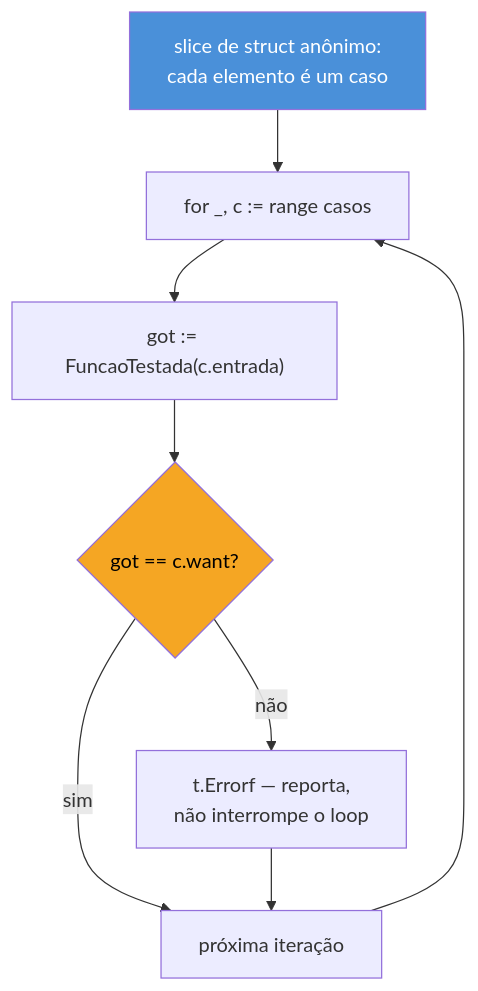
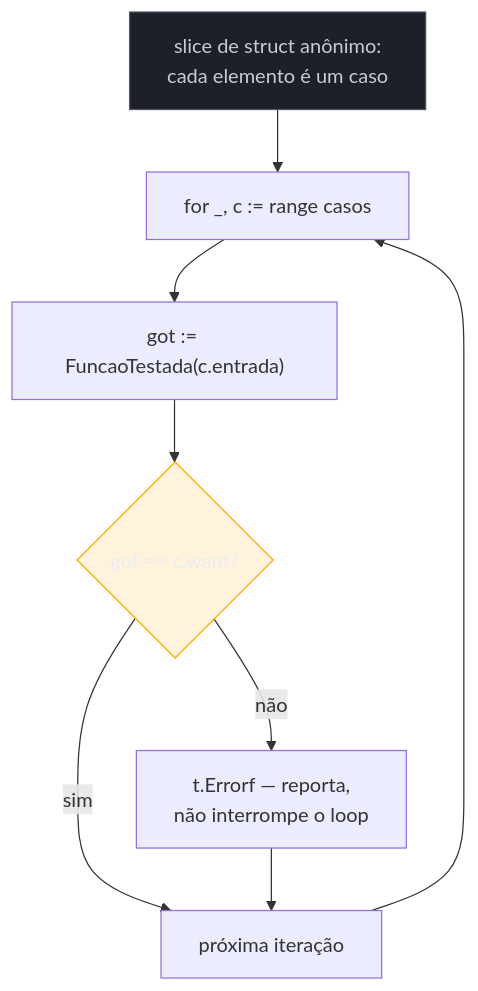
Before and after one commit to josenaldo/codex-technomanticus: the first of 2 diagrams in 03-Dominios/Tecnologia/Go/15 - Testes/02 - Table-driven tests.md, drawn with Mermaid. The commit also changed 1181 other files, not shown here.

First line of the commit message:
fix(diagramas): paleta do sistema no lugar de cor cravada no markdown

````diff
--- a/03-Dominios/Tecnologia/Go/15 - Testes/02 - Table-driven tests.md
+++ b/03-Dominios/Tecnologia/Go/15 - Testes/02 - Table-driven tests.md
@@ -77,13 +77,15 @@
 ```mermaid
 flowchart TB
+    classDef neutro fill:#1B2029,stroke:#4E5666,color:#C6CCD8
+    classDef destaque fill:#FFAA0024,stroke:#FFAA00,color:#E9ECF2
     A["slice de struct anônimo:\ncada elemento é um caso"] --> B["for _, c := range casos"]
     B --> C["got := FuncaoTestada(c.entrada)"]
     C --> D{"got == c.want?"}
     D -->|"sim"| E["próxima iteração"]
     D -->|"não"| F["t.Errorf — reporta,\nnão interrompe o loop"]
     F --> E
     E --> B
 
-    style A fill:#4A90D9,color:#fff
-    style D fill:#F5A623,color:#000
+    class A neutro
+    class D destaque
 ```
````
